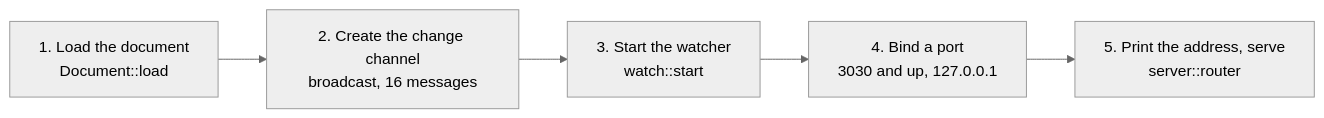
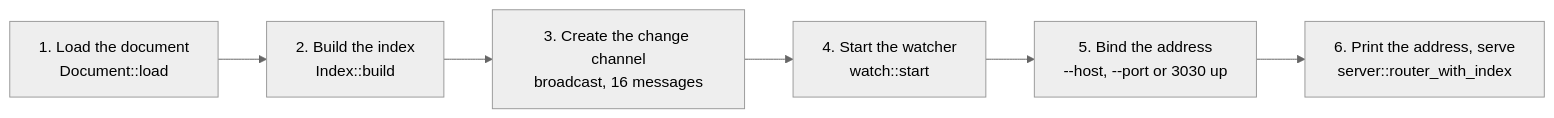
One commit to andrei512/devpage changed the second of 2 diagrams in docs/boxes/engineering/developing-devpage/README.md. Above: the diagram before and after it, drawn with Mermaid (neutral theme). The commit also changed other lines of this file and 9 other files, not shown here.

````diff
--- a/docs/boxes/engineering/developing-devpage/README.md
+++ b/docs/boxes/engineering/developing-devpage/README.md
@@ -127,12 +147,14 @@
 ```mermaid
 flowchart LR
-  load["1. Load the document<br/>Document::load"] --> channel["2. Create the change channel<br/>broadcast, 16 messages"]
-  channel --> watcher["3. Start the watcher<br/>watch::start"]
-  watcher --> bind["4. Bind a port<br/>3030 and up, 127.0.0.1"]
-  bind --> serve["5. Print the address, serve<br/>server::router"]
-  click load href "../../viewer/configuration-reference/README.md#document-files" "The document file"
+  load["1. Load the document<br/>Document::load"] --> index["2. Build the index<br/>Index::build"]
+  index --> channel["3. Create the change channel<br/>broadcast, 16 messages"]
+  channel --> watcher["4. Start the watcher<br/>watch::start"]
+  watcher --> bind["5. Bind the address<br/>--host, --port or 3030 up"]
+  bind --> serve["6. Print the address, serve<br/>server::router_with_index"]
+  click load href "../../viewer/configuration-reference/README.md#document-files" "Document files"
+  click index href "../../viewer/serving-pages/README.md#which-document-a-file-belongs-to" "The index"
   click channel href "../../viewer/live-updates/README.md#the-channel-and-the-stream" "The channel and the stream"
   click watcher href "../../viewer/live-updates/README.md#the-watcher" "The watcher"
   click bind href "../../viewer/serving-pages/README.md#the-address" "The address"
   click serve href "../../viewer/serving-pages/README.md#routes" "Routes"
 ```
````
